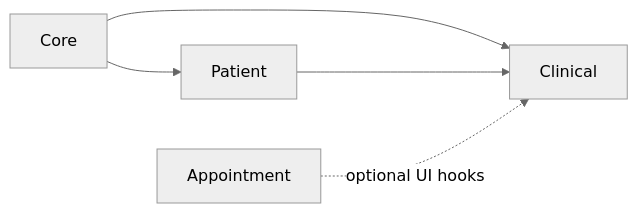
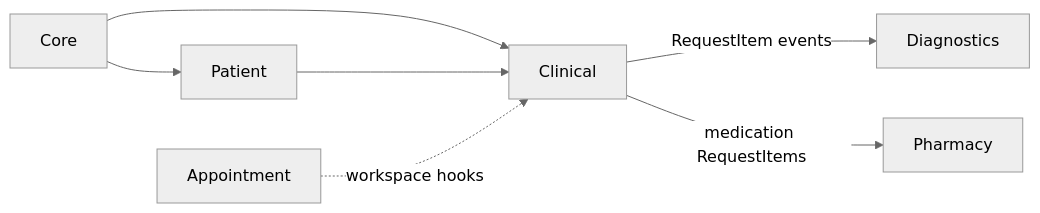
Before and after one commit to Flowrise-HMS/Clinical: the diagram in README.md, drawn with Mermaid (neutral theme). The commit also changed other lines of this file and 6 other files, not shown here.

Commit message:
feat(clinical): MAR dose reminders, medication fulfillment policy, workspace improvements

````diff
--- a/README.md
+++ b/README.md
@@ -14,11 +16,15 @@
 ```mermaid
 flowchart LR
   Core[Core]
   Patient[Patient]
   Clinical[Clinical]
   Appointment[Appointment]
+  Diagnostics[Diagnostics]
+  Pharmacy[Pharmacy]
   Core --> Patient
   Core --> Clinical
   Patient --> Clinical
-  Appointment -.->|optional UI hooks| Clinical
+  Appointment -.->|workspace hooks| Clinical
+  Clinical -->|RequestItem events| Diagnostics
+  Clinical -->|medication RequestItems| Pharmacy
 ```
````
